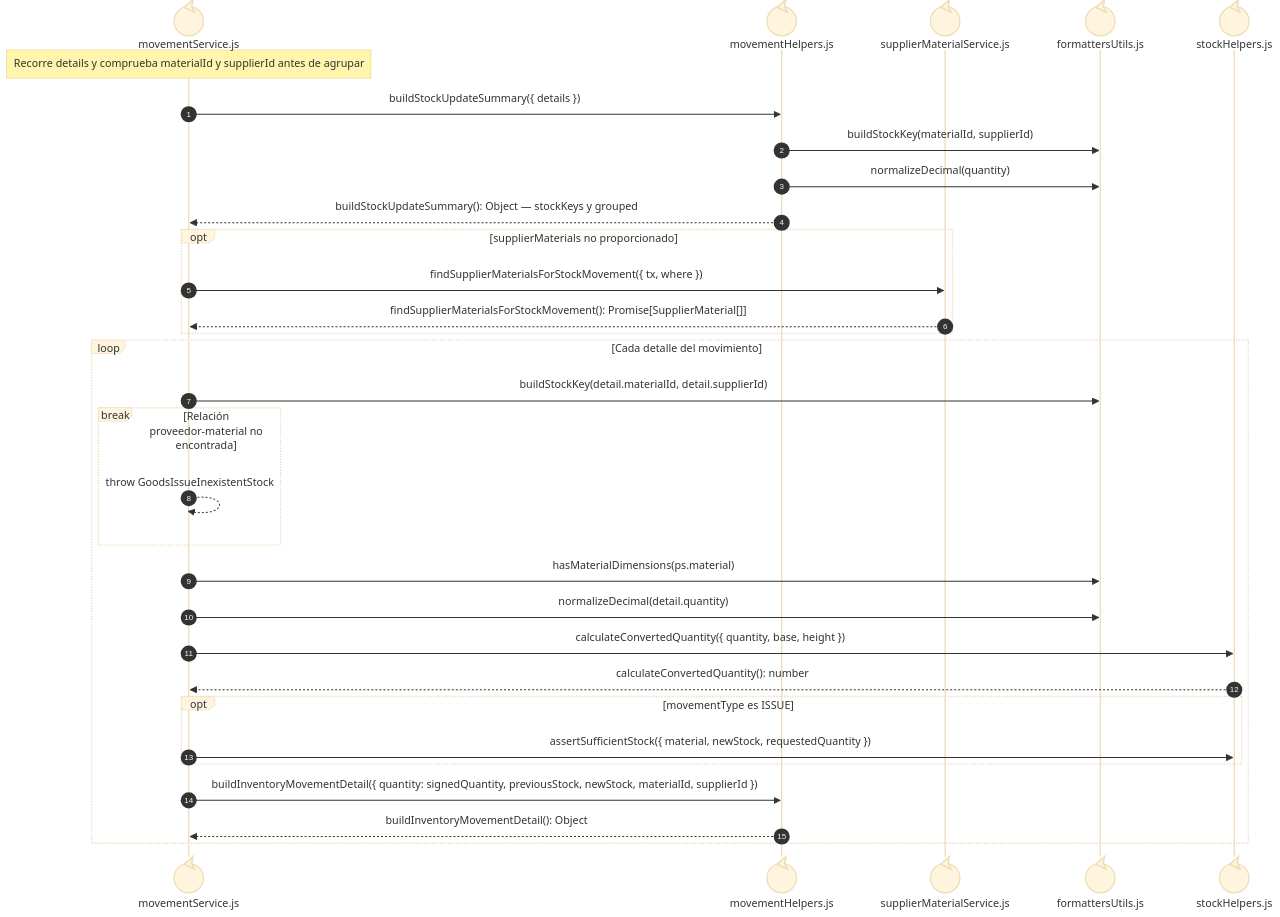
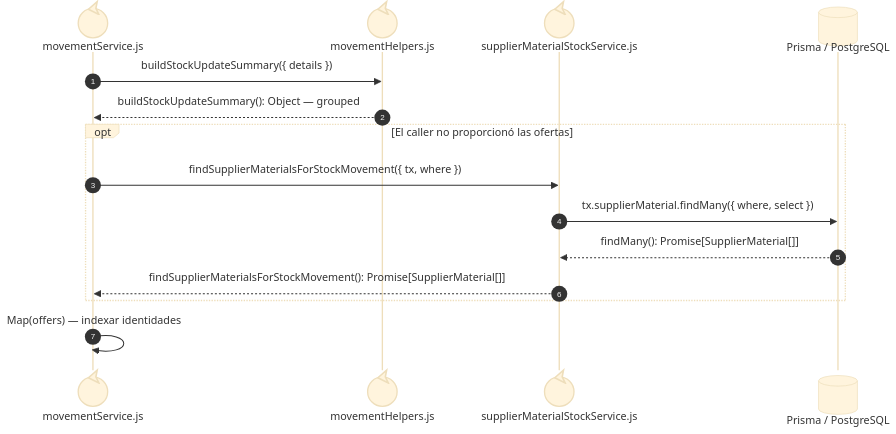
One commit to gpgsistemas01/nexus changed the seventh of 8 diagrams in docs/architecture/views/processes/backend-code-sequences/purchases/cu-ent-08.md. Above: the diagram before and after it, drawn with Mermaid (base theme). The commit also changed other lines of this file and 122 other files, not shown here.

````diff
--- a/docs/architecture/views/processes/backend-code-sequences/purchases/cu-ent-08.md
+++ b/docs/architecture/views/processes/backend-code-sequences/purchases/cu-ent-08.md
@@ -282,34 +283,17 @@
 ```mermaid
 sequenceDiagram
     autonumber
     participant Inventory@{ "type": "control" } as movementService.js
     participant MovementHelpers@{ "type": "control" } as movementHelpers.js
-    participant Costs@{ "type": "control" } as supplierMaterialService.js
-    participant Formatter@{ "type": "control" } as formattersUtils.js
-    participant Conversion@{ "type": "control" } as stockHelpers.js
-
-    Note over Inventory: Recorre details y comprueba materialId y supplierId antes de agrupar
+    participant StockBalance@{ "type": "control" } as supplierMaterialStockService.js
+    participant Prisma@{ "type": "database" } as Prisma / PostgreSQL
     Inventory->>MovementHelpers: buildStockUpdateSummary({ details })
-    MovementHelpers->>Formatter: buildStockKey(materialId, supplierId)
-    MovementHelpers->>Formatter: normalizeDecimal(quantity)
-    MovementHelpers-->>Inventory: buildStockUpdateSummary(): Object — stockKeys y grouped
-    opt supplierMaterials no proporcionado
-        Inventory->>Costs: findSupplierMaterialsForStockMovement({ tx, where })
-        Costs-->>Inventory: findSupplierMaterialsForStockMovement(): Promise[SupplierMaterial[]]
+    MovementHelpers-->>Inventory: buildStockUpdateSummary(): Object — grouped
+    opt El caller no proporcionó las ofertas
+        Inventory->>StockBalance: findSupplierMaterialsForStockMovement({ tx, where })
+        StockBalance->>Prisma: tx.supplierMaterial.findMany({ where, select })
+        Prisma-->>StockBalance: findMany(): Promise[SupplierMaterial[]]
+        StockBalance-->>Inventory: findSupplierMaterialsForStockMovement(): Promise[SupplierMaterial[]]
     end
-    loop Cada detalle del movimiento
-        Inventory->>Formatter: buildStockKey(detail.materialId, detail.supplierId)
-        break Relación proveedor-material no encontrada
-            Inventory-->>Inventory: throw GoodsIssueInexistentStock
-        end
-        Inventory->>Formatter: hasMaterialDimensions(ps.material)
-        Inventory->>Formatter: normalizeDecimal(detail.quantity)
-        Inventory->>Conversion: calculateConvertedQuantity({ quantity, base, height })
-        Conversion-->>Inventory: calculateConvertedQuantity(): number
-        opt movementType es ISSUE
-            Inventory->>Conversion: assertSufficientStock({ material, newStock, requestedQuantity })
-        end
-        Inventory->>MovementHelpers: buildInventoryMovementDetail({ quantity: signedQuantity, previousStock, newStock, materialId, supplierId })
-        MovementHelpers-->>Inventory: buildInventoryMovementDetail(): Object
-    end
+    Inventory->>Inventory: Map(offers) — indexar identidades
 ```
````
